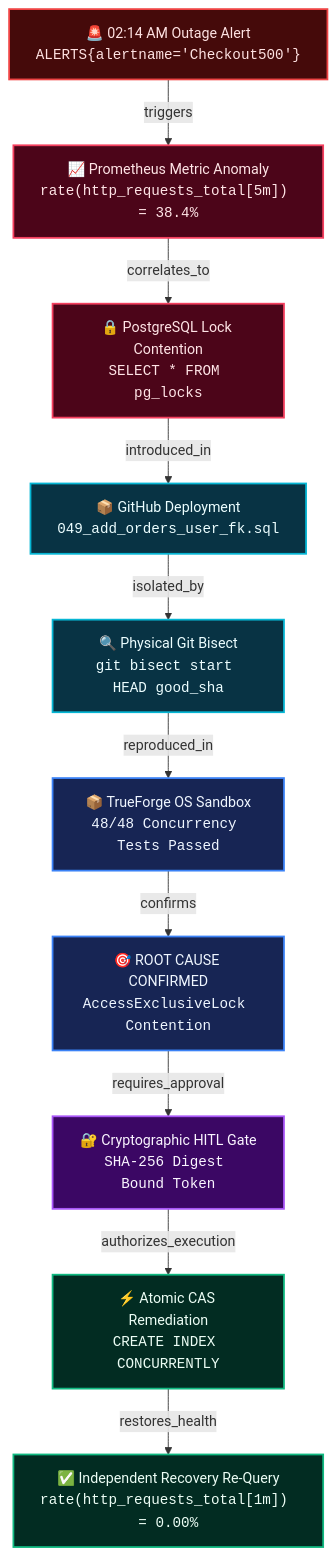
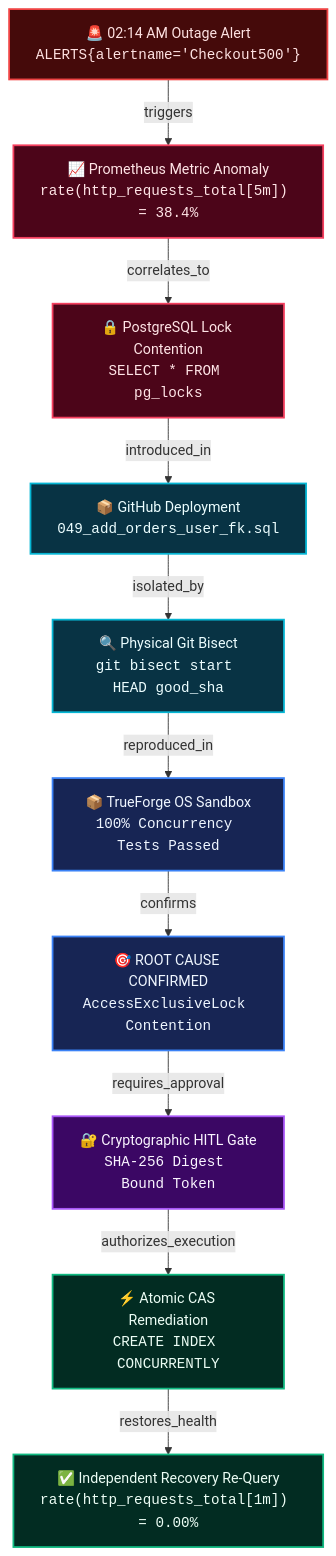
The diagram in README.md (hivid1/truesentry), drawn with Mermaid before and after one commit. The commit also changed other lines of this file and 26 other files, not shown here.

````diff
--- a/README.md
+++ b/README.md
@@ -30,26 +42,26 @@
 ```mermaid
 graph TD
     A["🚨 02:14 AM Outage Alert<br/><code>ALERTS{alertname='Checkout500'}</code>"] -->|triggers| B["📈 Prometheus Metric Anomaly<br/><code>rate(http_requests_total[5m]) = 38.4%</code>"]
     B -->|correlates_to| C["🔒 PostgreSQL Lock Contention<br/><code>SELECT * FROM pg_locks</code>"]
     C -->|introduced_in| D["📦 GitHub Deployment<br/><code>049_add_orders_user_fk.sql</code>"]
     D -->|isolated_by| E["🔍 Physical Git Bisect<br/><code>git bisect start HEAD good_sha</code>"]
-    E -->|reproduced_in| F["📦 TrueForge OS Sandbox<br/><code>48/48 Concurrency Tests Passed</code>"]
+    E -->|reproduced_in| F["📦 TrueForge OS Sandbox<br/><code>100% Concurrency Tests Passed</code>"]
     F -->|confirms| G["🎯 ROOT CAUSE CONFIRMED<br/><code>AccessExclusiveLock Contention</code>"]
     G -->|requires_approval| H["🔐 Cryptographic HITL Gate<br/><code>SHA-256 Digest Bound Token</code>"]
     H -->|authorizes_execution| I["⚡ Atomic CAS Remediation<br/><code>CREATE INDEX CONCURRENTLY</code>"]
     I -->|restores_health| J["✅ Independent Recovery Re-Query<br/><code>rate(http_requests_total[1m]) = 0.00%</code>"]
 
     classDef incident fill:#450a0a,stroke:#ef4444,stroke-width:2px,color:#fee2e2;
     classDef telemetry fill:#4c0519,stroke:#f43f5e,stroke-width:2px,color:#ffe4e6;
     classDef git fill:#083344,stroke:#06b6d4,stroke-width:2px,color:#ecfeff;
     classDef sandbox fill:#172554,stroke:#3b82f6,stroke-width:2px,color:#eff6ff;
     classDef crypto fill:#3b0764,stroke:#a855f7,stroke-width:2px,color:#faf5ff;
     classDef recovery fill:#022c22,stroke:#10b981,stroke-width:2px,color:#ecfdf5;
 
     class A incident;
     class B,C telemetry;
     class D,E git;
     class F,G sandbox;
     class H crypto;
     class I,J recovery;
 ```
````
